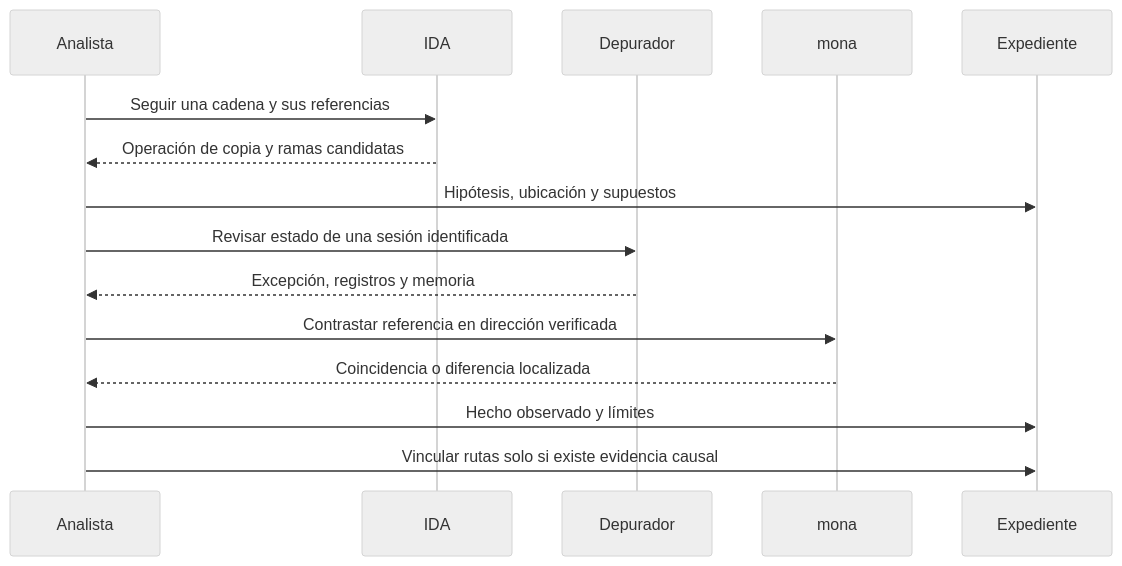
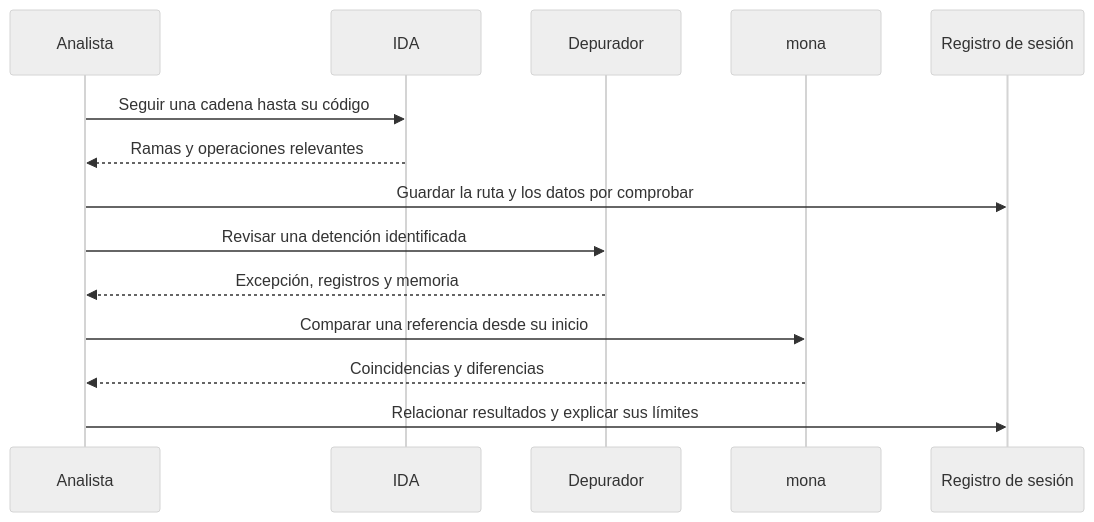
Before and after one commit to jonbondani/arsenal-analista: the second of 2 diagrams in docs/02-metodologia.md, drawn with Mermaid (neutral theme). The commit also changed other lines of this file and 23 other files, not shown here.

````diff
--- a/docs/02-metodologia.md
+++ b/docs/02-metodologia.md
@@ -49,17 +53,16 @@
 ```mermaid
 sequenceDiagram
     participant A as Analista
     participant I as IDA
     participant D as Depurador
     participant M as mona
-    participant E as Expediente
-    A->>I: Seguir una cadena y sus referencias
-    I-->>A: Operación de copia y ramas candidatas
-    A->>E: Hipótesis, ubicación y supuestos
-    A->>D: Revisar estado de una sesión identificada
+    participant R as Registro de sesión
+    A->>I: Seguir una cadena hasta su código
+    I-->>A: Ramas y operaciones relevantes
+    A->>R: Guardar la ruta y los datos por comprobar
+    A->>D: Revisar una detención identificada
     D-->>A: Excepción, registros y memoria
-    A->>M: Contrastar referencia en dirección verificada
-    M-->>A: Coincidencia o diferencia localizada
-    A->>E: Hecho observado y límites
-    A->>E: Vincular rutas solo si existe evidencia causal
+    A->>M: Comparar una referencia desde su inicio
+    M-->>A: Coincidencias y diferencias
+    A->>R: Relacionar resultados y explicar sus límites
 ```
````
